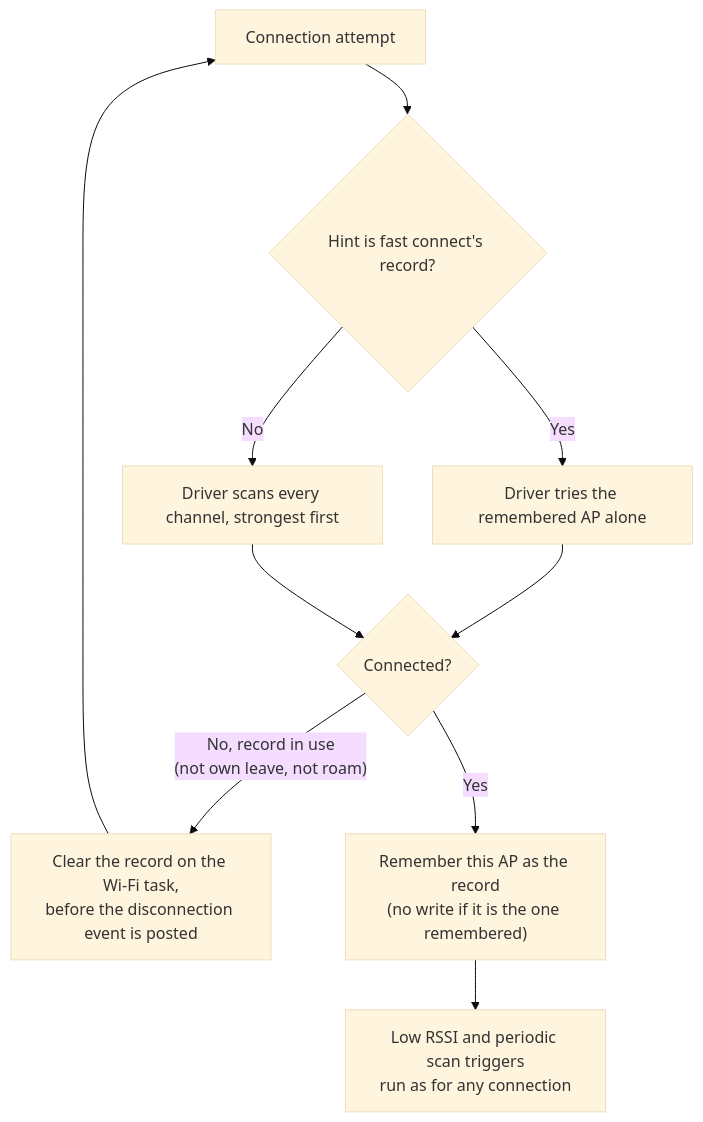
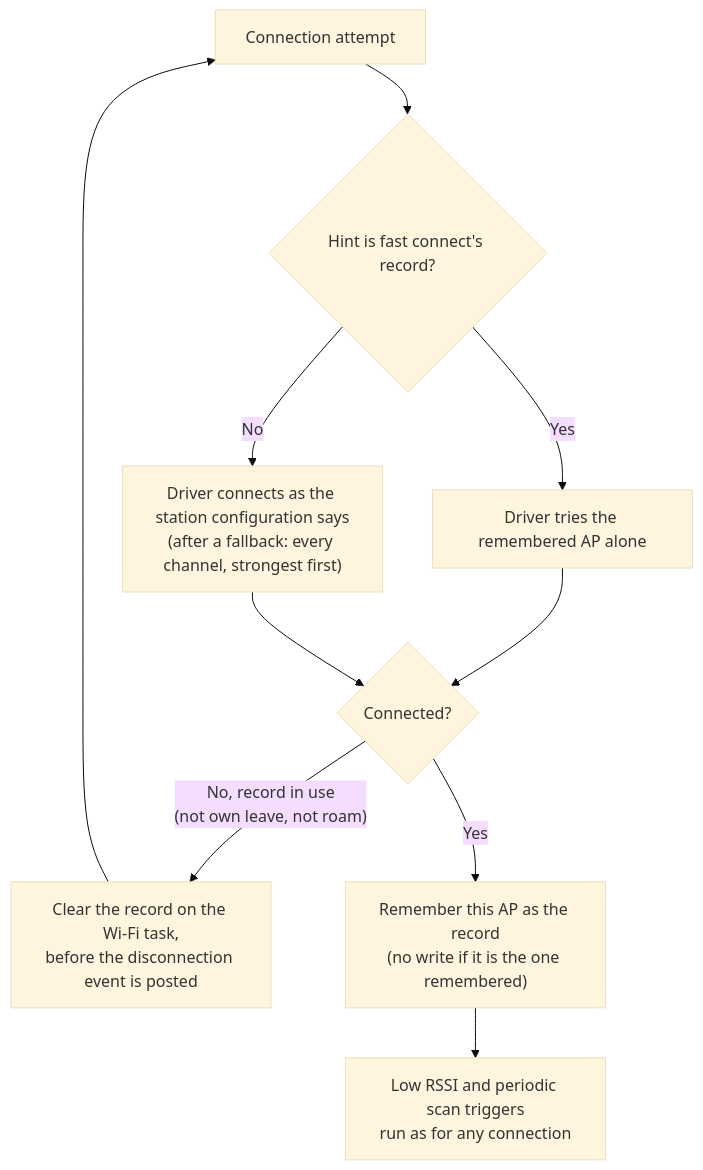
The fifth of 5 diagrams in components/esp_wifi/wifi_apps/roaming_app/src/ROAMING_FLOW.md (espressif/esp-idf), drawn with Mermaid (base theme) before and after one commit. The commit also changed 7 other files, not shown here.

````diff
--- a/components/esp_wifi/wifi_apps/roaming_app/src/ROAMING_FLOW.md
+++ b/components/esp_wifi/wifi_apps/roaming_app/src/ROAMING_FLOW.md
@@ -221,12 +221,12 @@
 ```mermaid
 flowchart TD
     A["Connection attempt"] --> B{"Hint is fast connect's record?"}
     B -- "Yes" --> C["Driver tries the remembered AP alone"]
-    B -- "No" --> D["Driver scans every channel, strongest first"]
+    B -- "No" --> D["Driver connects as the station configuration says<br/>(after a fallback: every channel, strongest first)"]
     C --> E{"Connected?"}
     D --> E
     E -- "No, record in use<br/>(not own leave, not roam)" --> F["Clear the record on the Wi-Fi task,<br/>before the disconnection event is posted"]
     F --> A
     E -- "Yes" --> G["Remember this AP as the record<br/>(no write if it is the one remembered)"]
     G --> H["Low RSSI and periodic scan triggers<br/>run as for any connection"]
 ```
````
